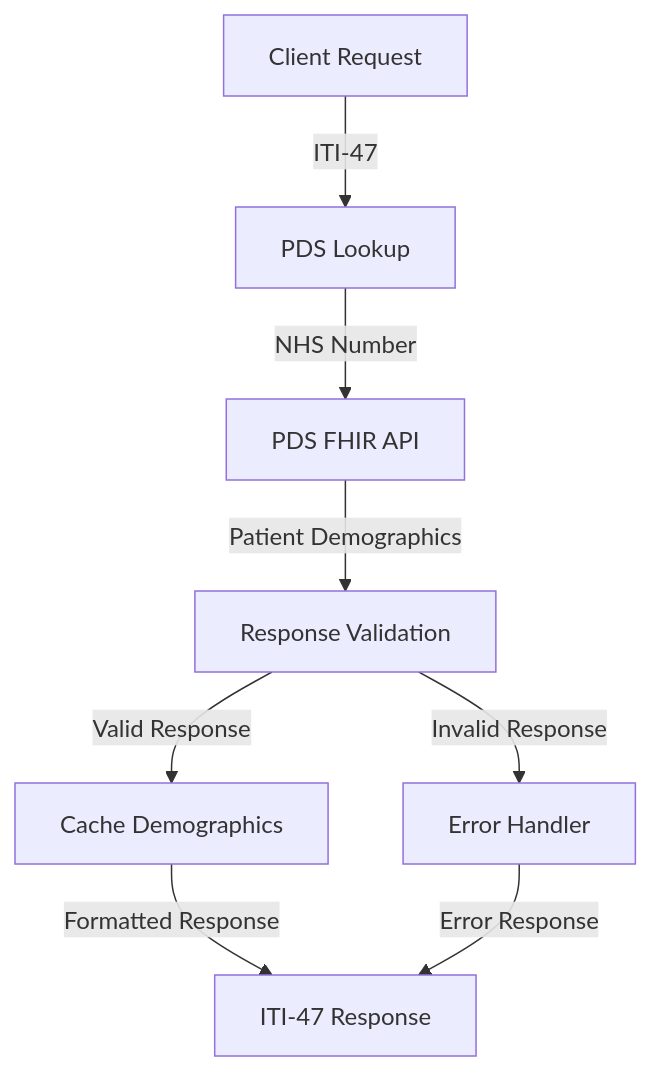
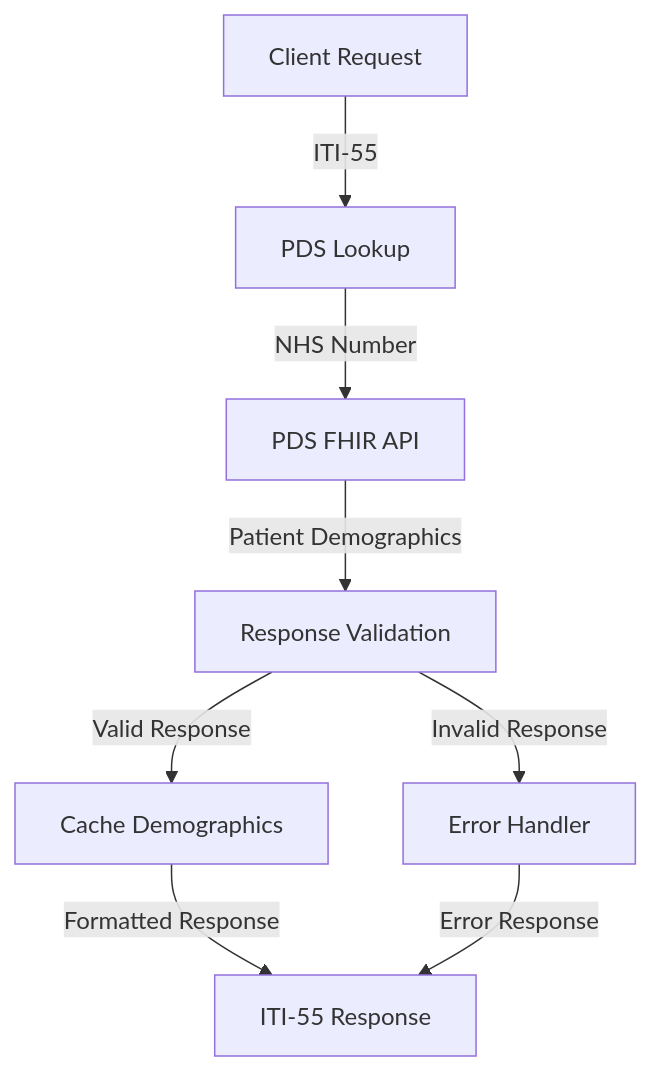
One commit to UCLH-Digital-Innovation-Hub/Xhuma changed the first of 10 diagrams in docs/data_flow.md. Above: the diagram before and after it, drawn with Mermaid. The commit also changed other lines of this file and 3 other files, not shown here.

````diff
--- a/docs/data_flow.md
+++ b/docs/data_flow.md
@@ -6,10 +6,10 @@
 ```mermaid
 flowchart TD
-    A[Client Request] -->|ITI-47| B[PDS Lookup]
+    A[Client Request] -->|ITI-55| B[PDS Lookup]
     B -->|NHS Number| C[PDS FHIR API]
     C -->|Patient Demographics| D[Response Validation]
     D -->|Valid Response| E[Cache Demographics]
-    E -->|Formatted Response| F[ITI-47 Response]
+    E -->|Formatted Response| F[ITI-55 Response]
     D -->|Invalid Response| G[Error Handler]
     G -->|Error Response| F
 ```
````
